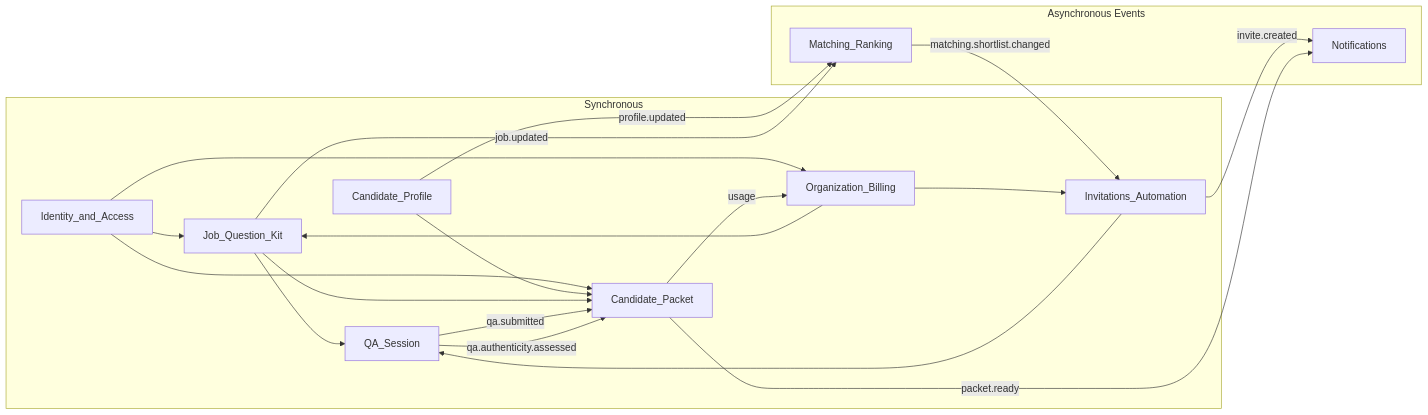
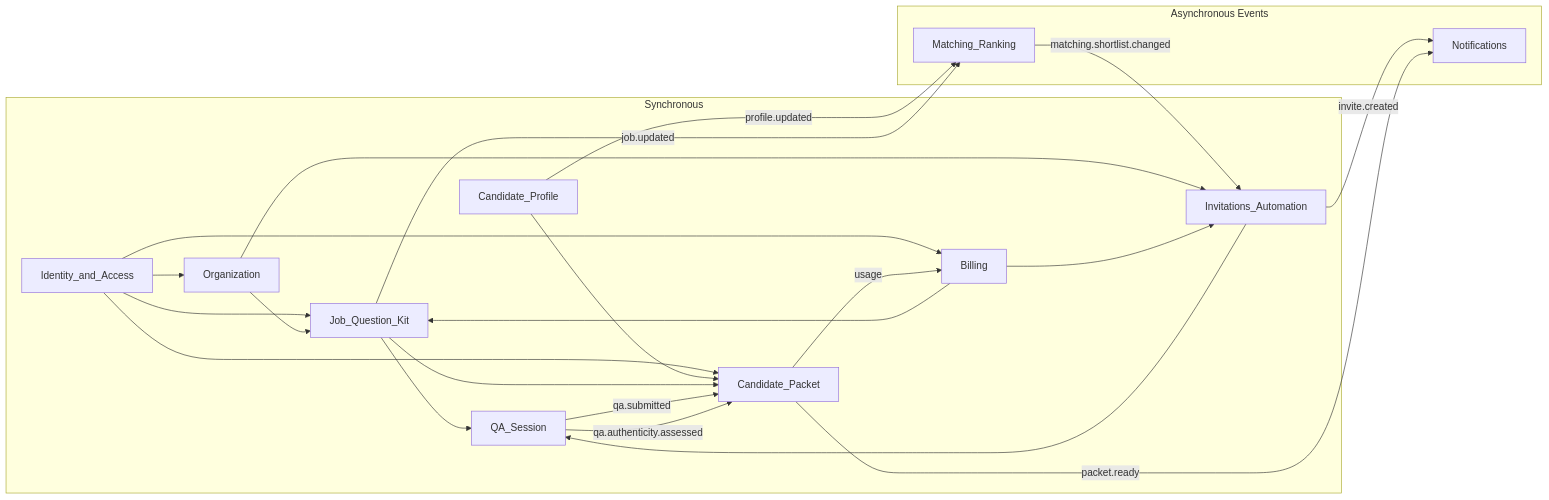
The diagram in Plan/02_architecture/04_bc_interfaces_conceptual.md (accendumV/jobarium), drawn with Mermaid before and after one commit. The commit also changed other lines of this file and 4 other files, not shown here.

````diff
--- a/Plan/02_architecture/04_bc_interfaces_conceptual.md
+++ b/Plan/02_architecture/04_bc_interfaces_conceptual.md
@@ -123,25 +112,28 @@
 ```mermaid
 flowchart LR
   subgraph sync [Synchronous]
     IAM[Identity_and_Access]
     IAM --> Job[Job_Question_Kit]
-    IAM --> Org[Organization_Billing]
+    IAM --> Org[Organization]
+    IAM --> Billing[Billing]
     IAM --> Packet[Candidate_Packet]
     Org --> Job
     Org --> Inv[Invitations_Automation]
+    Billing --> Job
+    Billing --> Inv
     Inv --> QA[QA_Session]
     Job --> QA
     Profile[Candidate_Profile] --> Packet
     Job --> Packet
   end
   subgraph async [Asynchronous Events]
     Profile -->|profile.updated| Match[Matching_Ranking]
     Job -->|job.updated| Match
     Match -->|matching.shortlist.changed| Inv
     Inv -->|invite.created| Notif[Notifications]
     QA -->|qa.submitted| Packet
     QA -->|qa.authenticity.assessed| Packet
     Packet -->|packet.ready| Notif
-    Packet -->|usage| Org
+    Packet -->|usage| Billing
   end
 ```
````
